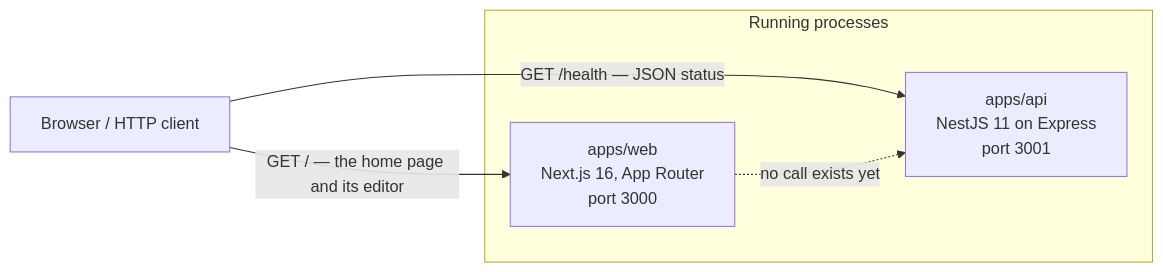
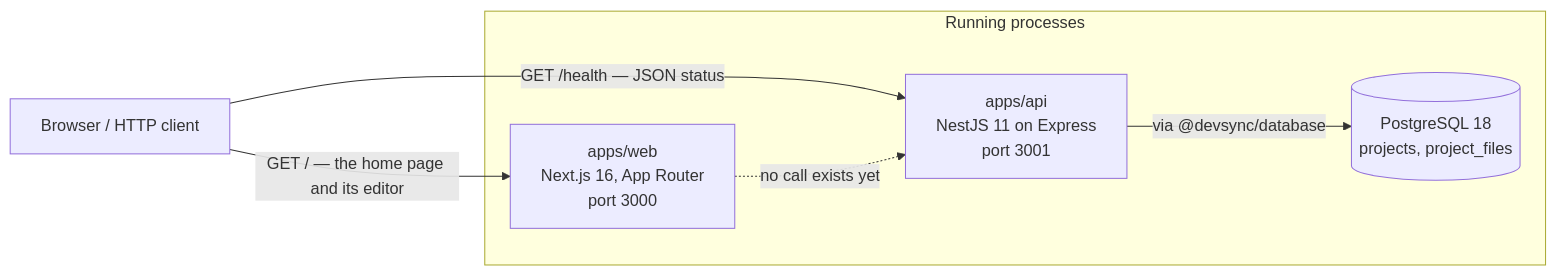
The first of 2 diagrams in docs/architecture.md (Youssef-Boussabah/DevSync), drawn with Mermaid before and after one commit. The commit also changed other lines of this file and 65 other files, not shown here.

Commit message:
Add PostgreSQL and Prisma data layer

````diff
--- a/docs/architecture.md
+++ b/docs/architecture.md
@@ -29,13 +30,15 @@
 ```mermaid
 flowchart LR
     client["Browser / HTTP client"]
 
     subgraph running["Running processes"]
         web["apps/web<br/>Next.js 16, App Router<br/>port 3000"]
         api["apps/api<br/>NestJS 11 on Express<br/>port 3001"]
+        pg[("PostgreSQL 18<br/>projects, project_files")]
     end
 
     client -->|"GET / — the home page and its editor"| web
     client -->|"GET /health — JSON status"| api
+    api -->|"via @devsync/database"| pg
     web -.->|"no call exists yet"| api
 ```
````
